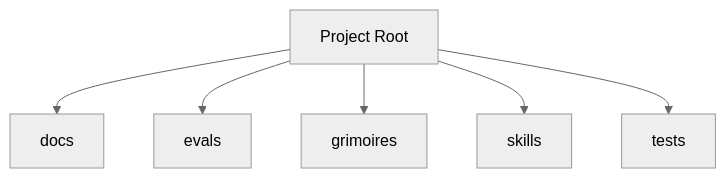
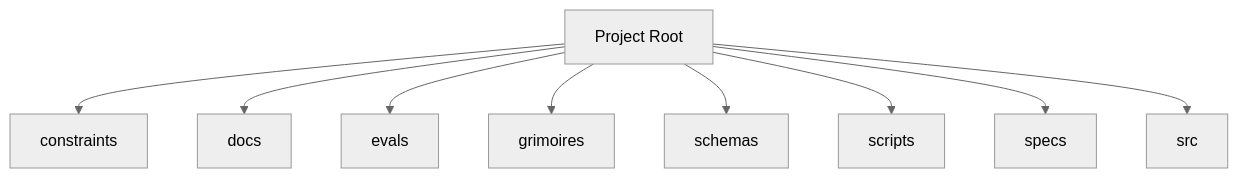
Before and after one commit to 0xHoneyJar/loa-hounfour: the diagram in BUTTERFREEZONE.md, drawn with Mermaid (neutral theme). The commit also changed other lines of this file, not shown here.

````diff
--- a/BUTTERFREEZONE.md
+++ b/BUTTERFREEZONE.md
@@ -67,14 +54,20 @@
 ```mermaid
 graph TD
+    constraints[constraints]
     docs[docs]
     evals[evals]
     grimoires[grimoires]
-    skills[skills]
-    tests[tests]
+    schemas[schemas]
+    scripts[scripts]
+    specs[specs]
+    src[src]
     Root[Project Root]
+    Root --> constraints
     Root --> docs
     Root --> evals
     Root --> grimoires
-    Root --> skills
-    Root --> tests
+    Root --> schemas
+    Root --> scripts
+    Root --> specs
+    Root --> src
 ```
````
